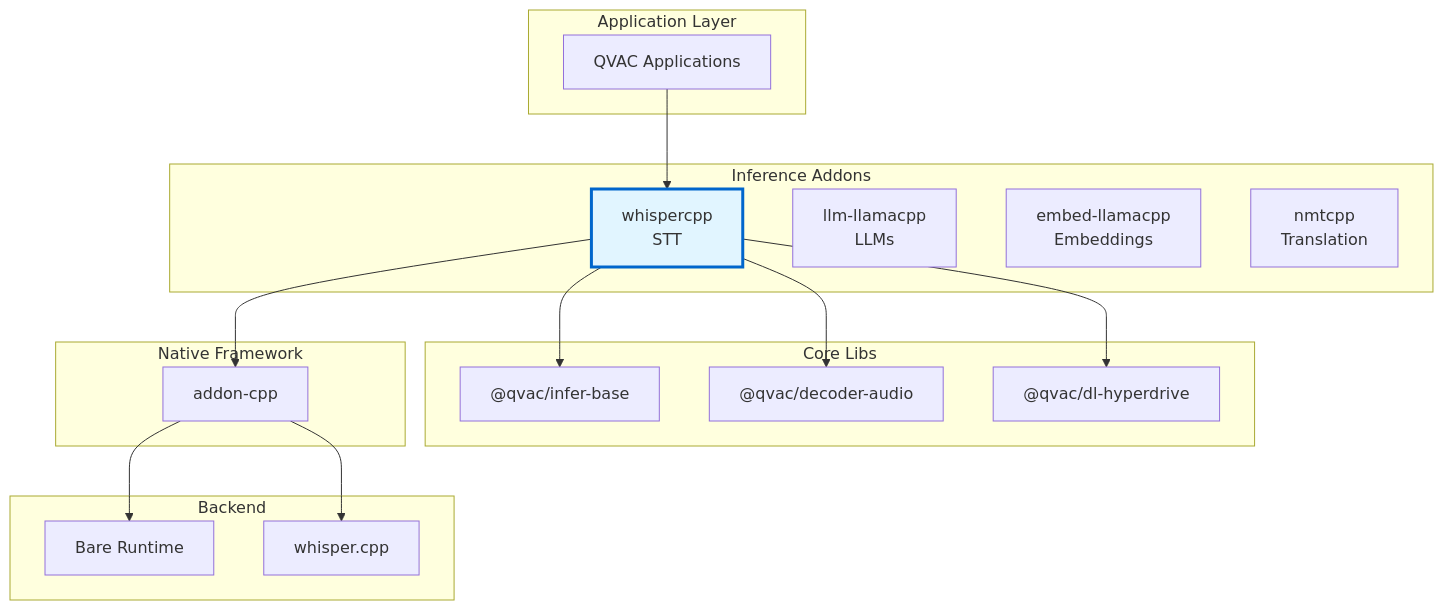
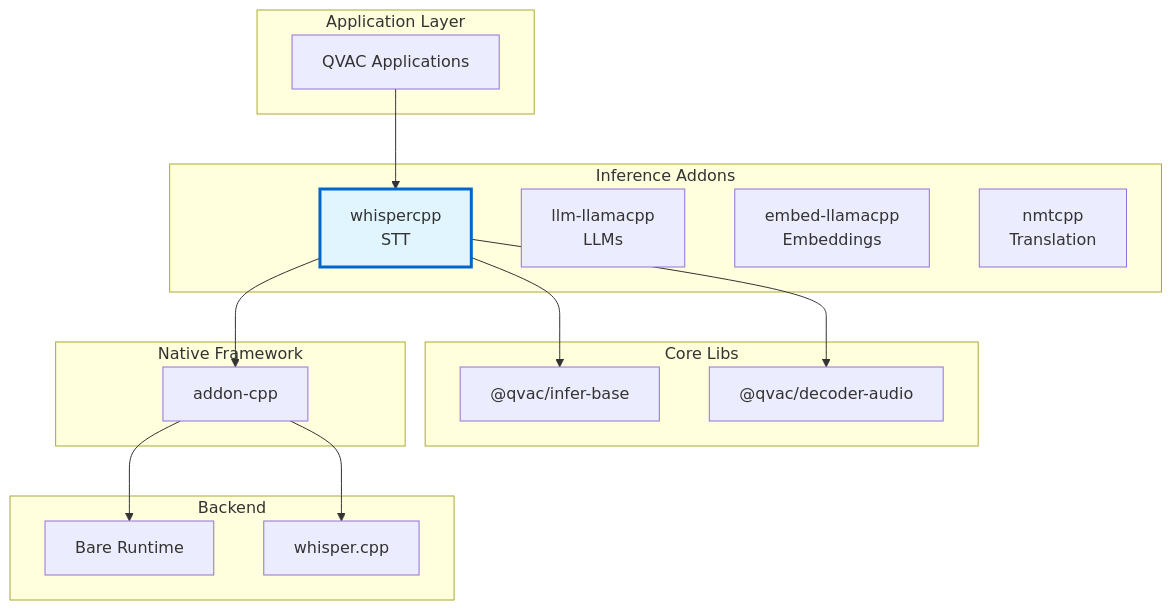
One commit to tetherto/qvac changed the first of 4 diagrams in packages/qvac-lib-infer-whispercpp/docs/architecture.md. Above: the diagram before and after it, drawn with Mermaid. The commit also changed 2 other files, not shown here.

Commit message:
Add release notes file for whispercpp

````diff
--- a/packages/qvac-lib-infer-whispercpp/docs/architecture.md
+++ b/packages/qvac-lib-infer-whispercpp/docs/architecture.md
@@ -86,38 +86,36 @@
 ```mermaid
 graph TB
     subgraph "Application Layer"
         APP[QVAC Applications]
     end
 
     subgraph "Inference Addons"
         WHISPER[whispercpp<br/>STT]
         LLM[llm-llamacpp<br/>LLMs]
         EMBED[embed-llamacpp<br/>Embeddings]
         NMT[nmtcpp<br/>Translation]
     end
 
     subgraph "Core Libs"
         BASE["@qvac/infer-base"]
         DECODER["@qvac/decoder-audio"]
-        DL["@qvac/dl-hyperdrive"]
     end
 
     subgraph "Native Framework"
         ADDON[addon-cpp]
     end
 
     subgraph "Backend"
         BARE[Bare Runtime]
         WCPP[whisper.cpp]
     end
 
     APP --> WHISPER
     WHISPER --> BASE
     WHISPER --> DECODER
-    WHISPER --> DL
     WHISPER --> ADDON
     ADDON --> BARE
     ADDON --> WCPP
 
     style WHISPER fill:#e1f5ff,stroke:#0066cc,stroke-width:3px
 ```
````
